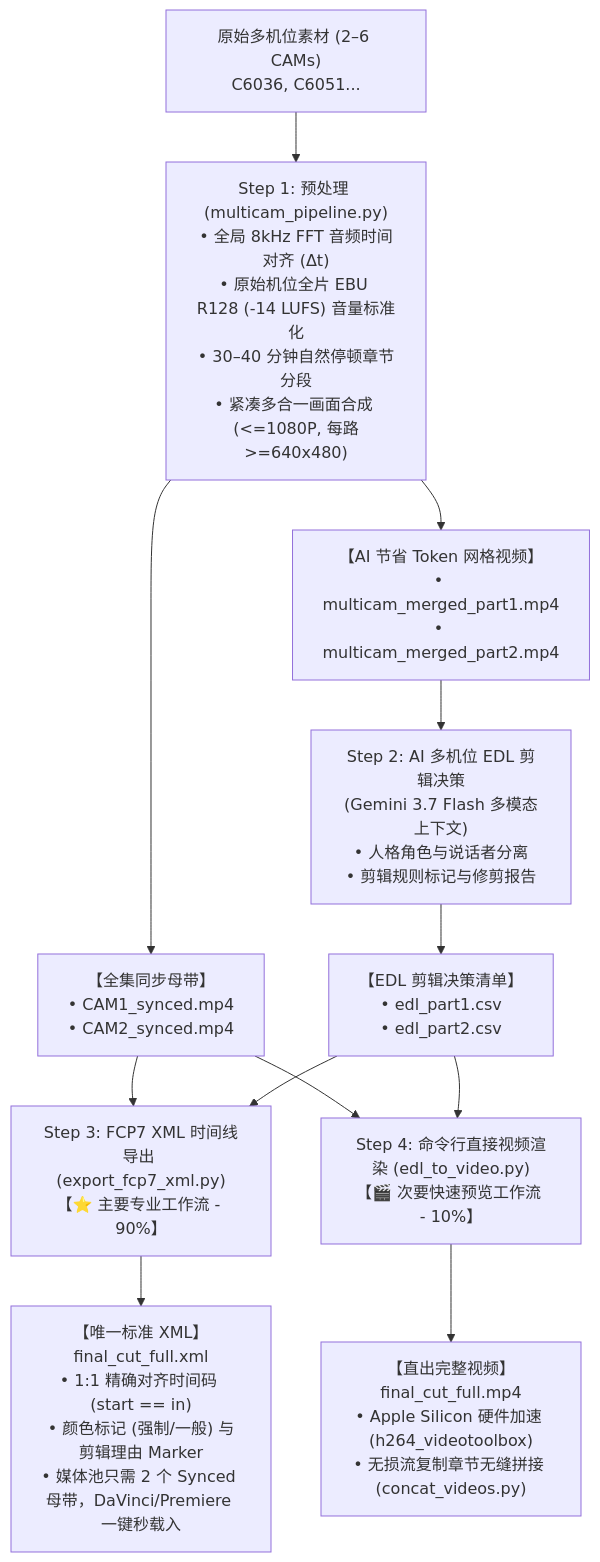
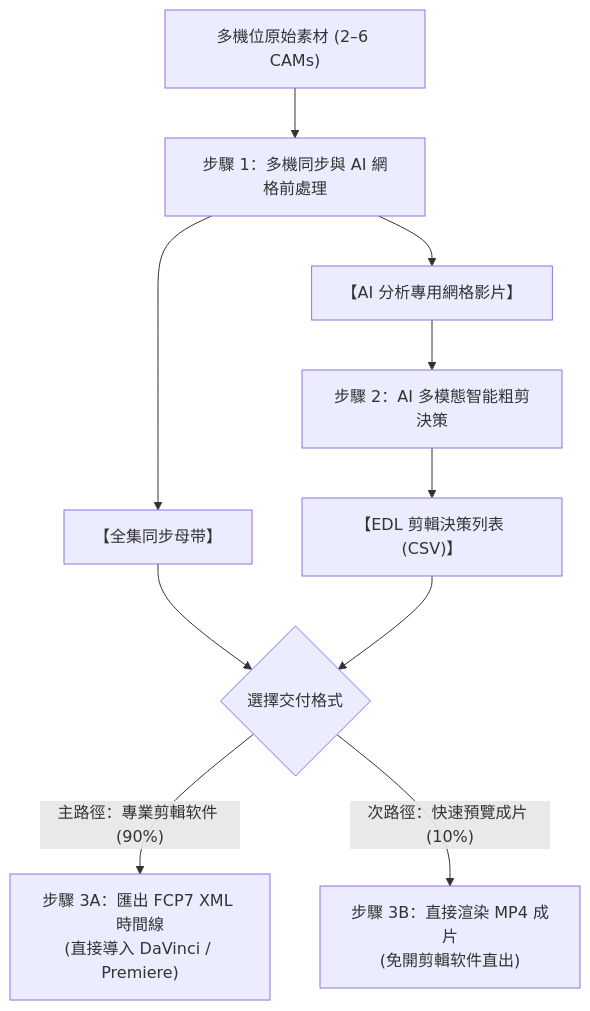
One commit to sylphlin/multicam-video-preprocessing changed the diagram in README.zh-CN.md. Above: the diagram before and after it, drawn with Mermaid. The commit also changed other lines of this file and 4 other files, not shown here.

Commit message:
docs: restructure READMEs with clean process flow, 2 prompt scenarios, and detailed step breakdowns

````diff
--- a/README.zh-CN.md
+++ b/README.zh-CN.md
@@ -46,19 +45,16 @@
 ```mermaid
 flowchart TD
-    A["原始多机位素材 (2–6 CAMs)<br/>C6036, C6051..."] --> B["Step 1: 预处理 (multicam_pipeline.py)<br/>• 全局 8kHz FFT 音频时间对齐 (Δt)<br/>• 原始机位全片 EBU R128 (-14 LUFS) 音量标准化<br/>• 30–40 分钟自然停顿章节分段<br/>• 紧凑多合一画面合成 (<=1080P, 每路>=640x480)"]
+    A["多機位原始素材 (2–6 CAMs)"] --> B["步驟 1：多機同步與 AI 網格前處理"]
     
-    B --> C["【全集同步母带】<br/>• CAM1_synced.mp4<br/>• CAM2_synced.mp4"]
-    B --> D["【AI 节省 Token 网格视频】<br/>• multicam_merged_part1.mp4<br/>• multicam_merged_part2.mp4"]
+    B --> C["【全集同步母带】"]
+    B --> D["【AI 分析專用網格影片】"]
     
-    D --> E["Step 2: AI 多机位 EDL 剪辑决策<br/>(Gemini 3.7 Flash 多模态上下文)<br/>• 人格角色与说话者分离<br/>• 剪辑规则标记与修剪报告"]
+    D --> E["步驟 2：AI 多模態智能粗剪決策"]
+    E --> F["【EDL 剪輯決策列表 (CSV)】"]
     
-    E --> F["【EDL 剪辑决策清单】<br/>• edl_part1.csv<br/>• edl_part2.csv"]
+    C --> G{"選擇交付格式"}
+    F --> G
     
-    C --> G["Step 3: FCP7 XML 时间线导出 (export_fcp7_xml.py)<br/>【⭐ 主要专业工作流 - 90%】"]
-    F --> G
-    G --> H["【唯一标准 XML】final_cut_full.xml<br/>• 1:1 精确对齐时间码 (start == in)<br/>• 颜色标记 (强制/一般) 与剪辑理由 Marker<br/>• 媒体池只需 2 个 Synced 母带，DaVinci/Premiere 一键秒载入"]
-    
-    C --> I["Step 4: 命令行直接视频渲染 (edl_to_video.py)<br/>【🎬 次要快速预览工作流 - 10%】"]
-    F --> I
-    I --> J["【直出完整视频】final_cut_full.mp4<br/>• Apple Silicon 硬件加速 (h264_videotoolbox)<br/>• 无损流复制章节无缝拼接 (concat_videos.py)"]
+    G -->|"主路徑：專業剪輯软件 (90%)"| H["步驟 3A：匯出 FCP7 XML 時間線<br/>(直接導入 DaVinci / Premiere)"]
+    G -->|"次路徑：快速預覽成片 (10%)"| I["步驟 3B：直接渲染 MP4 成片<br/>(免開剪輯软件直出)"]
 ```
````
